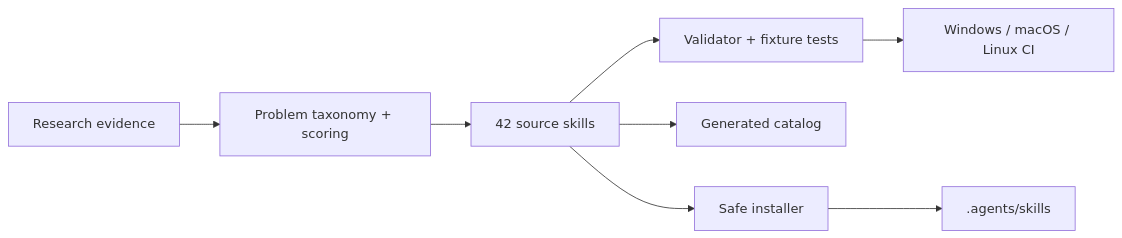
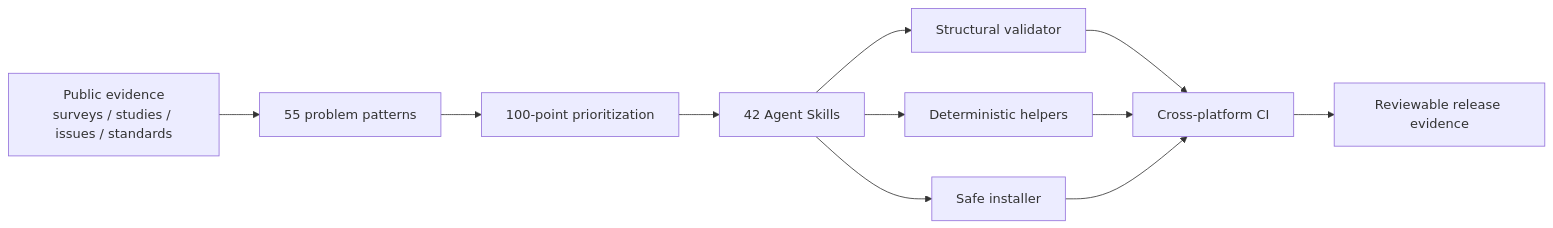
Before and after one commit to aradmanamnaoon/vibe-coding-skills: the first of 2 diagrams in README.md, drawn with Mermaid. The commit also changed other lines of this file and 12 other files, not shown here.

````diff
--- a/README.md
+++ b/README.md
@@ -96,10 +67,13 @@
 ```mermaid
 flowchart LR
-  E[Research evidence] --> P[Problem taxonomy + scoring]
-  P --> S[42 source skills]
-  S --> V[Validator + fixture tests]
-  S --> C[Generated catalog]
-  S --> I[Safe installer]
-  I --> A[.agents/skills]
-  V --> CI[Windows / macOS / Linux CI]
+    A[Public evidence<br/>surveys / studies / issues / standards] --> B[55 problem patterns]
+    B --> C[100-point prioritization]
+    C --> D[42 Agent Skills]
+    D --> E[Structural validator]
+    D --> F[Deterministic helpers]
+    D --> G[Safe installer]
+    E --> H[Cross-platform CI]
+    F --> H
+    G --> H
+    H --> I[Reviewable release evidence]
 ```
````
